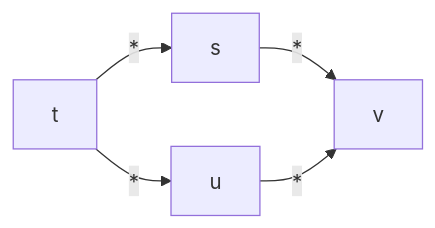
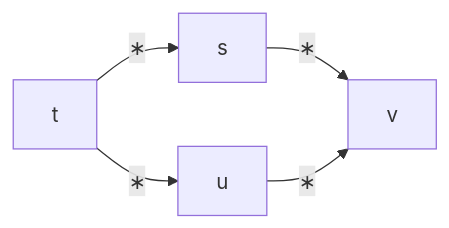
Before and after one commit to WilliamRagstad/WilliamRagstad.github.io: the first of 2 diagrams in content/posts/understanding-nf-in-rw-systems.md, drawn with Mermaid.

Commit message:
Use custom asterisk operator
From: https://www.piliapp.com/symbol/asterisk/

```diff
--- a/content/posts/understanding-nf-in-rw-systems.md
+++ b/content/posts/understanding-nf-in-rw-systems.md
@@ -48,7 +48,7 @@
 {{< mermaid >}}
 graph LR;
- t -->|*| s
- t -->|*| u
- s -->|*| v
- u -->|*| v
+ t -->|∗| s
+ t -->|∗| u
+ s -->|∗| v
+ u -->|∗| v
 {{< /mermaid >}}
```
